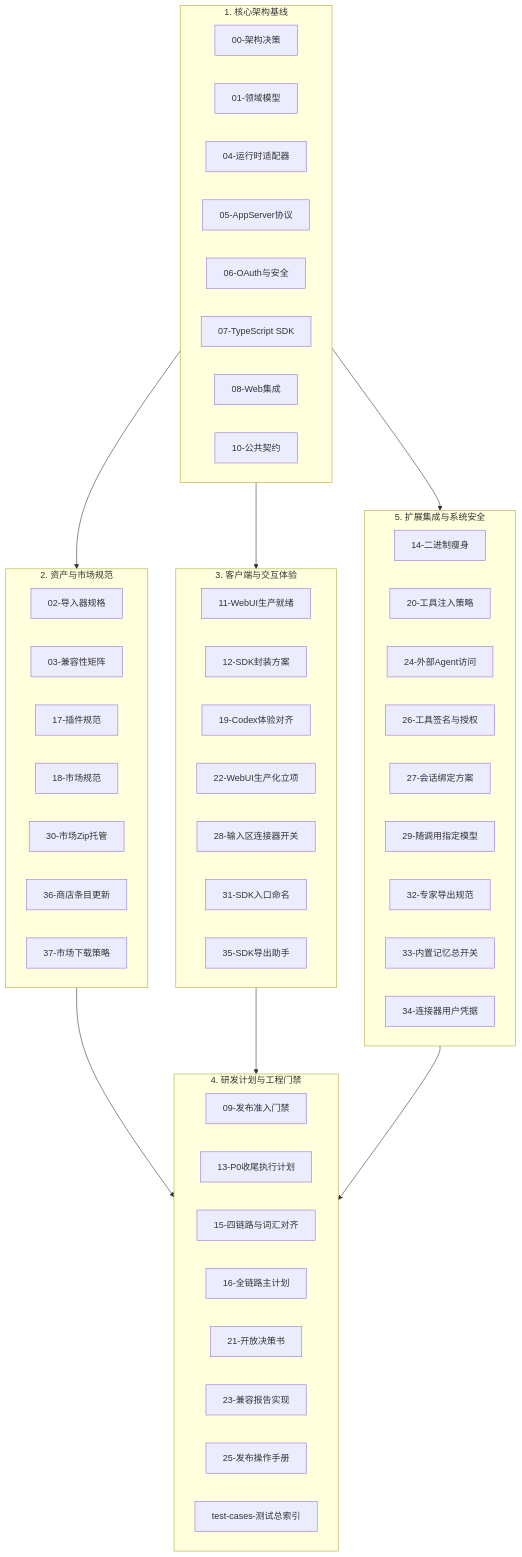
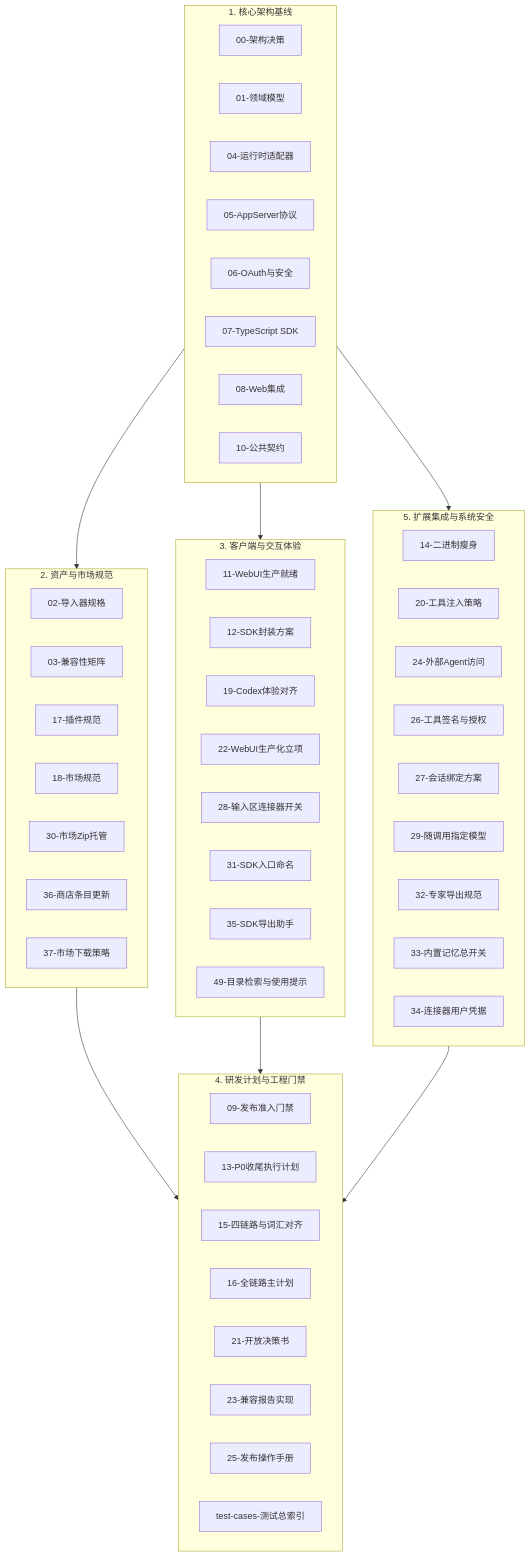
One commit to Michael-Lfx/allo changed the diagram in docs/agent-store/README.md. Above: the diagram before and after it, drawn with Mermaid. The commit also changed other lines of this file and 13 other files, not shown here.

````diff
--- a/docs/agent-store/README.md
+++ b/docs/agent-store/README.md
@@ -13,63 +13,64 @@
 ```mermaid
 flowchart TD
     subgraph D1["1. 核心架构基线"]
         A00["00-架构决策"]
         A01["01-领域模型"]
         A04["04-运行时适配器"]
         A05["05-AppServer协议"]
         A06["06-OAuth与安全"]
         A07["07-TypeScript SDK"]
         A08["08-Web集成"]
         A10["10-公共契约"]
     end
 
     subgraph D2["2. 资产与市场规范"]
         A02["02-导入器规格"]
         A03["03-兼容性矩阵"]
         A17["17-插件规范"]
         A18["18-市场规范"]
         A30["30-市场Zip托管"]
         A36["36-商店条目更新"]
         A37["37-市场下载策略"]
     end
 
     subgraph D3["3. 客户端与交互体验"]
         A11["11-WebUI生产就绪"]
         A12["12-SDK封装方案"]
         A19["19-Codex体验对齐"]
         A22["22-WebUI生产化立项"]
         A28["28-输入区连接器开关"]
         A31["31-SDK入口命名"]
         A35["35-SDK导出助手"]
+        A49["49-目录检索与使用提示"]
     end
 
     subgraph D4["4. 研发计划与工程门禁"]
         A09["09-发布准入门禁"]
         A13["13-P0收尾执行计划"]
         A15["15-四链路与词汇对齐"]
         A16["16-全链路主计划"]
         A21["21-开放决策书"]
         A23["23-兼容报告实现"]
         A25["25-发布操作手册"]
         ATC["test-cases-测试总索引"]
     end
 
     subgraph D5["5. 扩展集成与系统安全"]
         A14["14-二进制瘦身"]
         A20["20-工具注入策略"]
         A24["24-外部Agent访问"]
         A26["26-工具签名与授权"]
         A27["27-会话绑定方案"]
         A29["29-随调用指定模型"]
         A32["32-专家导出规范"]
         A33["33-内置记忆总开关"]
         A34["34-连接器用户凭据"]
     end
 
     D1 --> D2
     D2 --> D4
     D1 --> D3
     D3 --> D4
     D1 --> D5
     D5 --> D4
 ```
````
